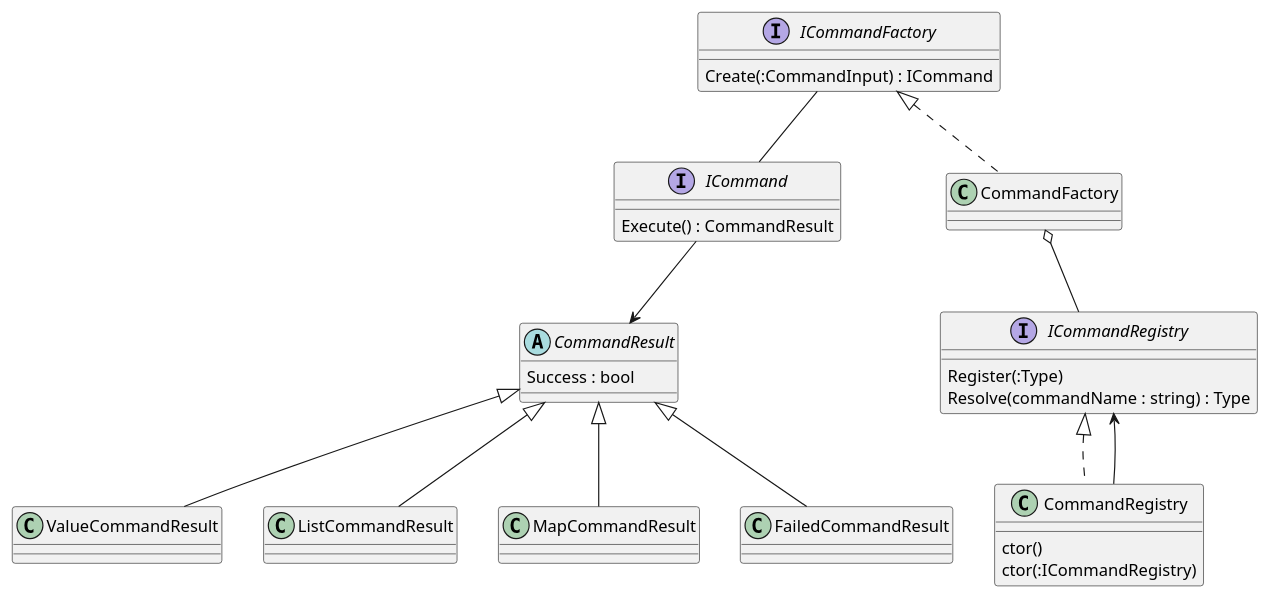
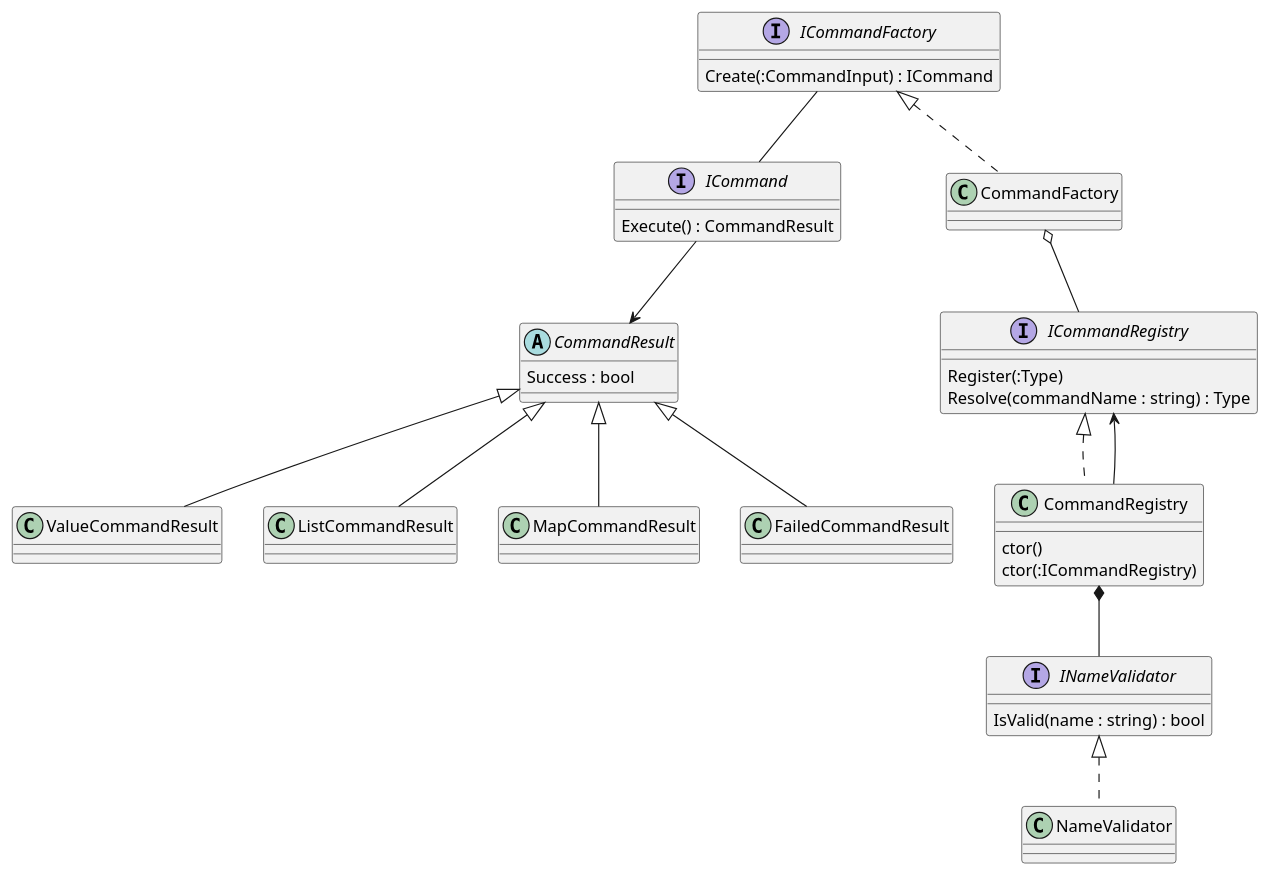
Before and after one commit to codeflood/chel: the diagram in docs/class-design.puml, drawn with PlantUML. The commit also changed 9 other files, not shown here.

Commit message:
Implement validation on the command name

```diff
--- a/docs/class-design.puml
+++ b/docs/class-design.puml
@@ -1,45 +1,53 @@
 @startuml class
 
 interface ICommand {
     Execute() : CommandResult
 }
 
 abstract class CommandResult {
     Success : bool
 }
 
 class ValueCommandResult
 CommandResult <|-- ValueCommandResult
 
 class ListCommandResult
 CommandResult <|-- ListCommandResult
 
 class MapCommandResult
 CommandResult <|-- MapCommandResult
 
 class FailedCommandResult
 CommandResult <|-- FailedCommandResult
 
 ICommand --> CommandResult
 
 interface ICommandFactory {
     Create(:CommandInput) : ICommand
 }
 
 interface ICommandRegistry {
     Register(:Type)
     Resolve(commandName : string) : Type
 }
 
 ICommandFactory -- ICommand
 
 class CommandRegistry implements ICommandRegistry {
     ctor()
     ctor(:ICommandRegistry)
 }
 CommandRegistry --> ICommandRegistry
 
 class CommandFactory implements ICommandFactory
 CommandFactory o-- ICommandRegistry
 
+interface INameValidator {
+    IsValid(name : string) : bool
+}
+
+class NameValidator implements INameValidator
+
+CommandRegistry *-- INameValidator
+
 @enduml
```
